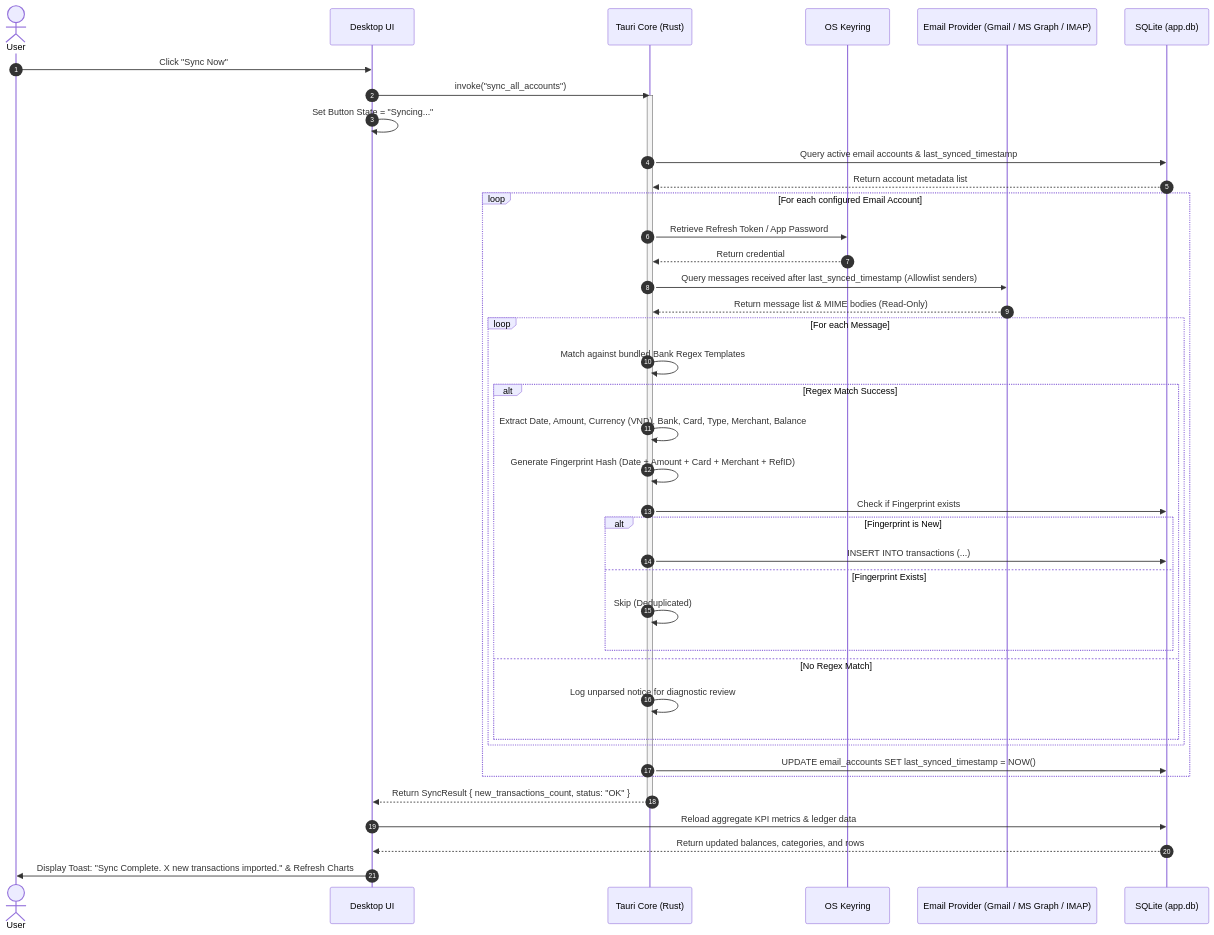
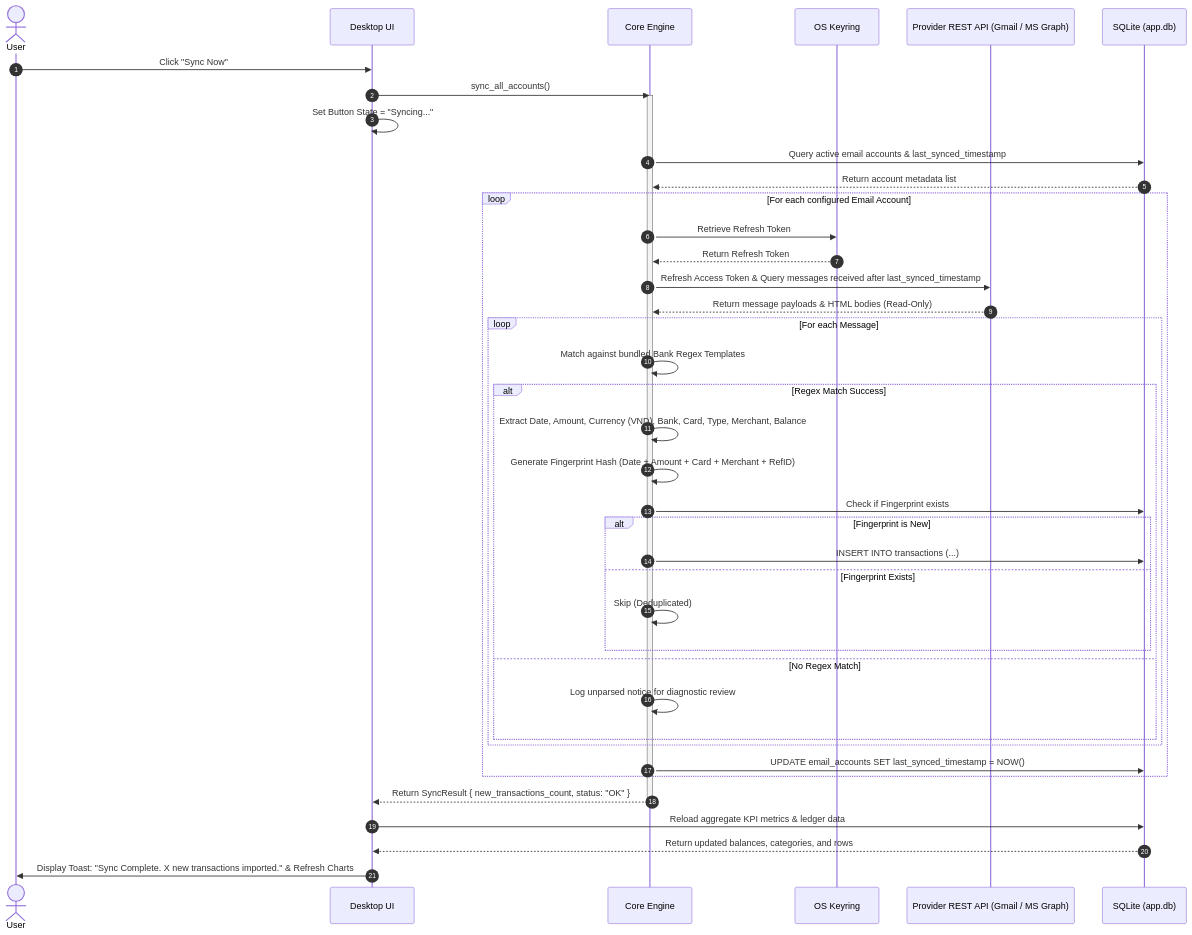
The second of 2 diagrams in .agent-artifacts/requirements/output/epic-01-email-integration-sync/diagrams/diagram-email-sync-flow.md (khanhchungoc/email-finance-tracker), drawn with Mermaid before and after one commit. The commit also changed other lines of this file and 45 other files, not shown here.

First line of the commit message:
Add unit and integration tests for database, keyring, OAuth, sync manager, and VPBank parser

````diff
--- a/.agent-artifacts/requirements/output/epic-01-email-integration-sync/diagrams/diagram-email-sync-flow.md
+++ b/.agent-artifacts/requirements/output/epic-01-email-integration-sync/diagrams/diagram-email-sync-flow.md
@@ -71,51 +71,51 @@
 ```mermaid
 sequenceDiagram
     autonumber
     actor User as User
     participant UI as Desktop UI
-    participant Core as Tauri Core (Rust)
+    participant Core as Core Engine
     participant Keyring as OS Keyring
-    participant MailAPI as Email Provider (Gmail / MS Graph / IMAP)
+    participant MailAPI as Provider REST API (Gmail / MS Graph)
     participant DB as SQLite (app.db)
 
     User->>UI: Click "Sync Now"
-    UI->>Core: invoke("sync_all_accounts")
+    UI->>Core: sync_all_accounts()
     activate Core
     UI->>UI: Set Button State = "Syncing..."
 
     Core->>DB: Query active email accounts & last_synced_timestamp
     DB-->>Core: Return account metadata list
 
     loop For each configured Email Account
-        Core->>Keyring: Retrieve Refresh Token / App Password
-        Keyring-->>Core: Return credential
+        Core->>Keyring: Retrieve Refresh Token
+        Keyring-->>Core: Return Refresh Token
 
-        Core->>MailAPI: Query messages received after last_synced_timestamp (Allowlist senders)
-        MailAPI-->>Core: Return message list & MIME bodies (Read-Only)
+        Core->>MailAPI: Refresh Access Token & Query messages received after last_synced_timestamp
+        MailAPI-->>Core: Return message payloads & HTML bodies (Read-Only)
 
         loop For each Message
             Core->>Core: Match against bundled Bank Regex Templates
             alt Regex Match Success
                 Core->>Core: Extract Date, Amount, Currency (VND), Bank, Card, Type, Merchant, Balance
                 Core->>Core: Generate Fingerprint Hash (Date + Amount + Card + Merchant + RefID)
                 Core->>DB: Check if Fingerprint exists
                 alt Fingerprint is New
                     Core->>DB: INSERT INTO transactions (...)
                 else Fingerprint Exists
                     Core->>Core: Skip (Deduplicated)
                 end
             else No Regex Match
                 Core->>Core: Log unparsed notice for diagnostic review
             end
         end
 
         Core->>DB: UPDATE email_accounts SET last_synced_timestamp = NOW()
     end
 
     Core-->>UI: Return SyncResult { new_transactions_count, status: "OK" }
     deactivate Core
 
     UI->>DB: Reload aggregate KPI metrics & ledger data
     DB-->>UI: Return updated balances, categories, and rows
     UI->>User: Display Toast: "Sync Complete. X new transactions imported." & Refresh Charts
 ```
````
